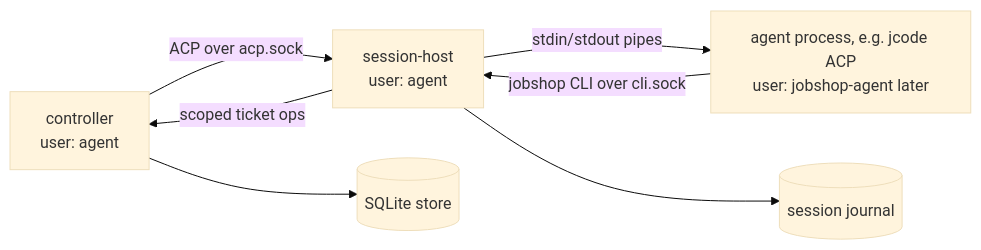
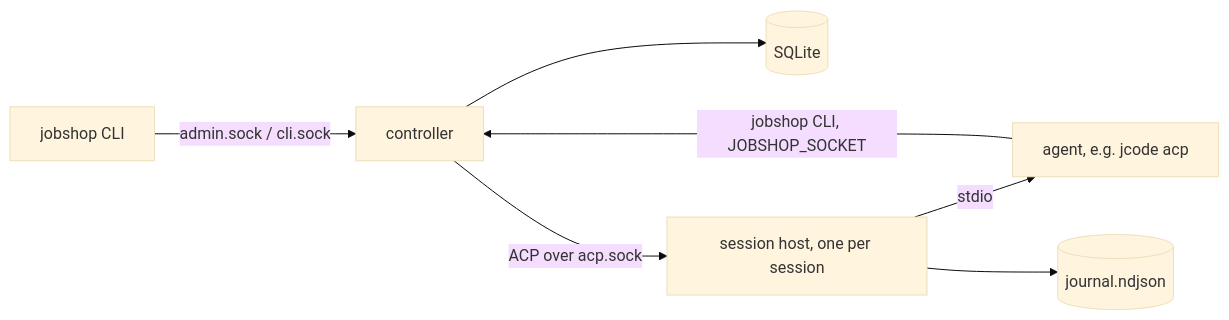
One commit to elee1766/jobshop changed the diagram in docs/plan.md. Above: the diagram before and after it, drawn with Mermaid (base theme). The commit also changed other lines of this file and 3 other files, not shown here.

````diff
--- a/docs/plan.md
+++ b/docs/plan.md
@@ -451,9 +40,9 @@
 ```mermaid
 flowchart LR
-  C[controller<br/>user: agent] -- ACP over acp.sock --> H[session-host<br/>user: agent]
-  H -- stdin/stdout pipes --> A[agent process, e.g. jcode ACP<br/>user: jobshop-agent later]
-  A -- jobshop CLI over cli.sock --> H
-  H -- scoped ticket ops --> C
-  C --> S[(SQLite store)]
-  H --> J[(session journal)]
+  CLI[jobshop CLI] -- admin.sock / cli.sock --> C[controller]
+  C --> S[(SQLite)]
+  C -- ACP over acp.sock --> H[session host, one per session]
+  H -- stdio --> A[agent, e.g. jcode acp]
+  A -- jobshop CLI, JOBSHOP_SOCKET --> C
+  H --> J[(journal.ndjson)]
 ```
````
